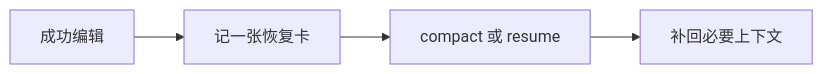
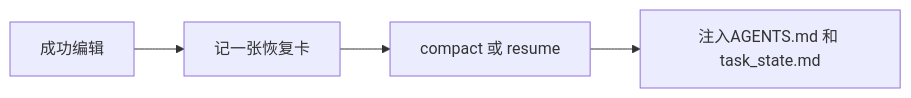
The diagram in README.md (Squ145L/Better-Compact), drawn with Mermaid before and after one commit. The commit also changed other lines of this file and 5 other files, not shown here.

````diff
--- a/README.md
+++ b/README.md
@@ -31,6 +35,6 @@
 ```mermaid
 flowchart LR
     A[成功编辑] --> B[记一张恢复卡]
     B --> C[compact 或 resume]
-    C --> D[补回必要上下文]
+    C --> D[注入AGENTS.md 和 task_state.md]
 ```
````
